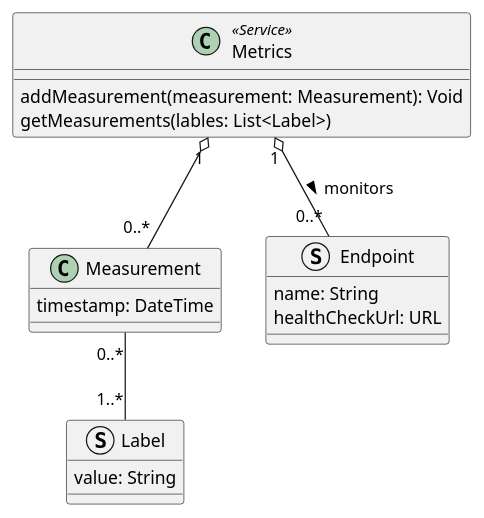
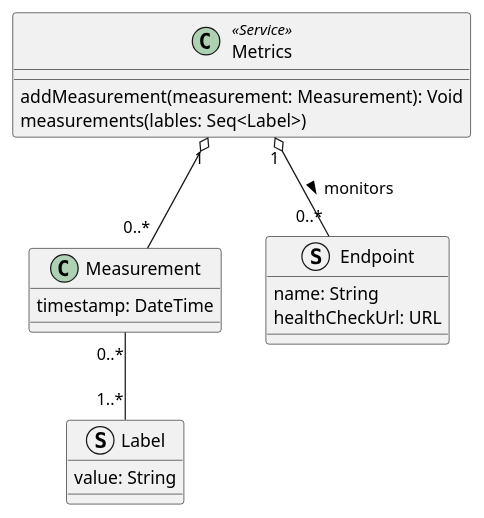
One commit to Ventus218/SAP-assignment-02 changed the diagram in doc/diagrams/src/metrics-service-domain-model.puml. Above: the diagram before and after it, drawn with PlantUML. The commit also changed 2 other files, not shown here.

Commit message:
Changed datatype for collections in UML diagrams

```diff
--- a/doc/diagrams/src/metrics-service-domain-model.puml
+++ b/doc/diagrams/src/metrics-service-domain-model.puml
@@ -1,26 +1,26 @@
 @startuml metrics-service-domain-model
 
 struct Label {
     value: String
 }
 
 class Measurement {
     timestamp: DateTime
 }
 
 Measurement "0..*" -- "1..*" Label
 
 struct Endpoint {
     name: String
     healthCheckUrl: URL
 }
 
 class Metrics <<Service>> {
     addMeasurement(measurement: Measurement): Void
-    getMeasurements(lables: List<Label>)
+    measurements(lables: Seq<Label>)
 }
 
 Metrics "1" o-- "0..*" Endpoint : "monitors >"
 Metrics "1" o-- "0..*" Measurement
 
 @enduml
```
